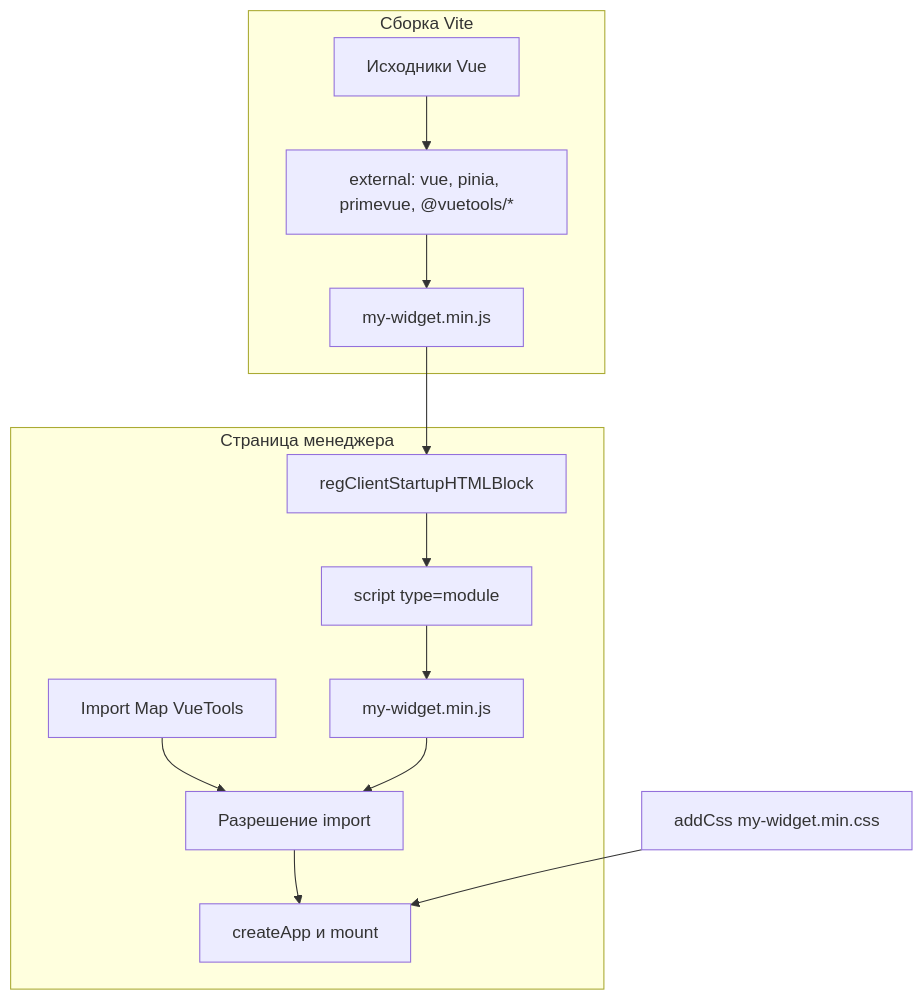
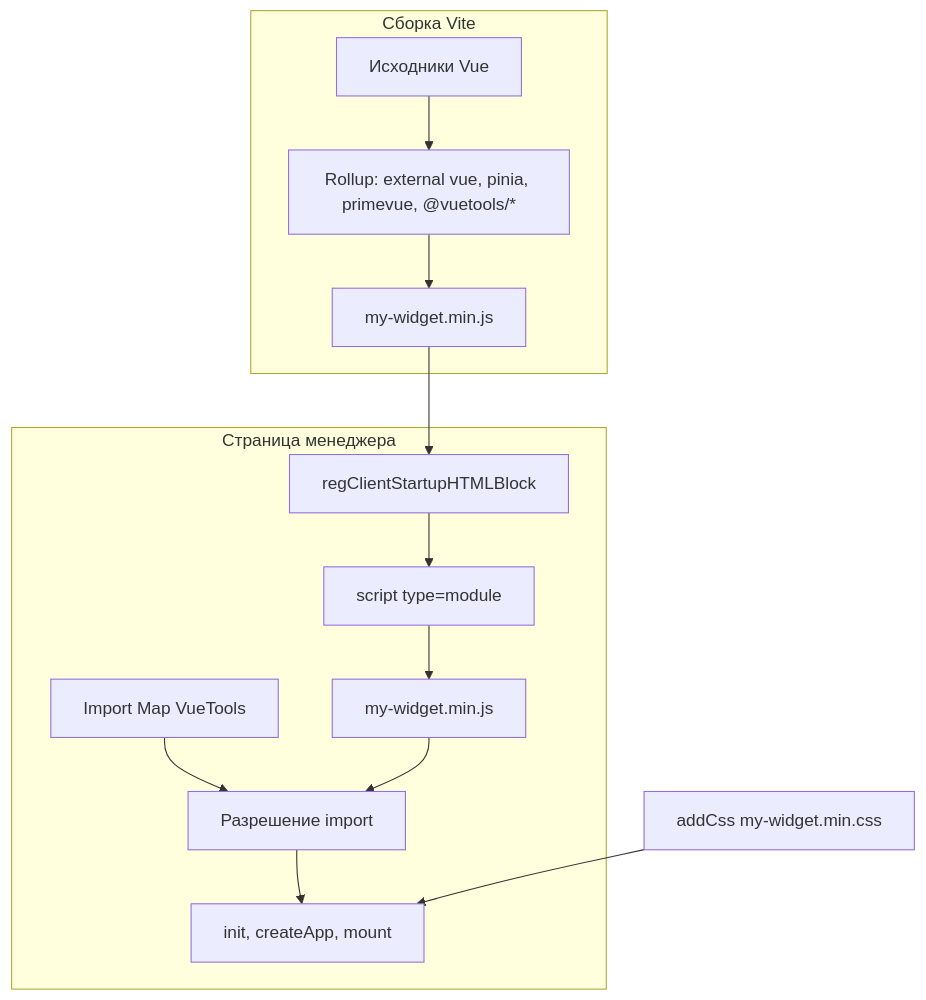
One commit to modx-pro/Docs changed the diagram in docs/components/vuetools/integration.md. Above: the diagram before and after it, drawn with Mermaid. The commit also changed other lines of this file and 11 other files, not shown here.

````diff
--- a/docs/components/vuetools/integration.md
+++ b/docs/components/vuetools/integration.md
@@ -46,19 +51,19 @@
 ```mermaid
 flowchart TB
   subgraph viteBuild [Сборка Vite]
     Src[Исходники Vue]
-    Ext["external: vue, pinia, primevue, @vuetools/*"]
+    Build["Rollup: external vue, pinia, primevue, @vuetools/*"]
     Out[my-widget.min.js]
-    Src --> Ext --> Out
+    Src --> Build --> Out
   end
   subgraph mgr [Страница менеджера]
     Map[Import Map VueTools]
     Php[regClientStartupHTMLBlock]
     Out --> Php --> Tag["script type=module"]
     Map --> Resolve[Разрешение import]
     Tag --> Widget[my-widget.min.js]
     Widget --> Resolve
-    Resolve --> Mount[createApp и mount]
+    Resolve --> Mount[init, createApp, mount]
   end
   Css[addCss my-widget.min.css] --> Mount
 ```
````
